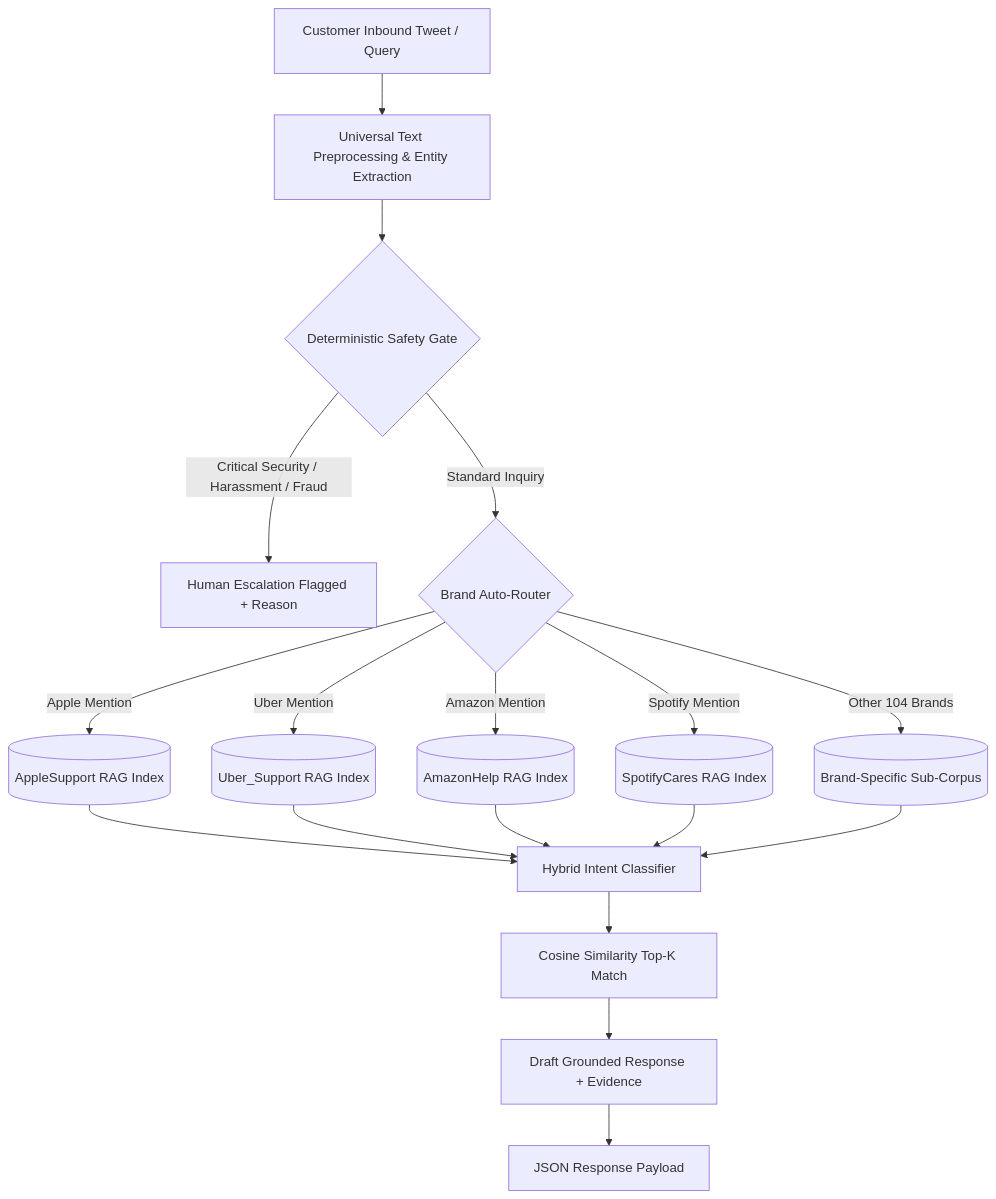
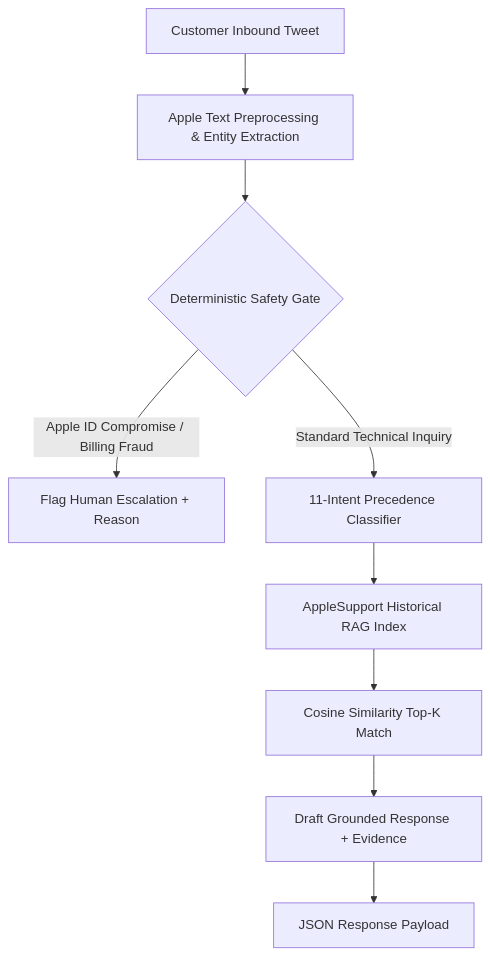
Before and after one commit to zeal-arch/customer-support: the diagram in .github/README.md, drawn with Mermaid. The commit also changed other lines of this file and 37 other files, not shown here.

Commit message:
Add AppleSupport dataset, clean single-brand RAG pipeline, and complete assignment deliverables

````diff
--- a/.github/README.md
+++ b/.github/README.md
@@ -22,23 +21,12 @@
 ```mermaid
 flowchart TD
-    Inbound[Customer Inbound Tweet / Query] --> Preprocess[Universal Text Preprocessing & Entity Extraction]
+    Inbound[Customer Inbound Tweet] --> Preprocess[Apple Text Preprocessing & Entity Extraction]
     Preprocess --> SafetyGate{Deterministic Safety Gate}
-    SafetyGate -- "Critical Security / Harassment / Fraud" --> Escalate[Human Escalation Flagged + Reason]
-    SafetyGate -- "Standard Inquiry" --> BrandDetect{Brand Auto-Router}
+    SafetyGate -- "Apple ID Compromise / Billing Fraud" --> Escalate[Flag Human Escalation + Reason]
+    SafetyGate -- "Standard Technical Inquiry" --> IntentClass[11-Intent Precedence Classifier]
     
-    BrandDetect -->|Apple Mention| AppleIdx[(AppleSupport RAG Index)]
-    BrandDetect -->|Uber Mention| UberIdx[(Uber_Support RAG Index)]
-    BrandDetect -->|Amazon Mention| AmazonIdx[(AmazonHelp RAG Index)]
-    BrandDetect -->|Spotify Mention| SpotifyIdx[(SpotifyCares RAG Index)]
-    BrandDetect -->|Other 104 Brands| GenericIdx[(Brand-Specific Sub-Corpus)]
-    
-    AppleIdx --> IntentClass[Hybrid Intent Classifier]
-    UberIdx --> IntentClass
-    AmazonIdx --> IntentClass
-    SpotifyIdx --> IntentClass
-    GenericIdx --> IntentClass
-    
-    IntentClass --> TopK[Cosine Similarity Top-K Match]
+    IntentClass --> RAG[AppleSupport Historical RAG Index]
+    RAG --> TopK[Cosine Similarity Top-K Match]
     TopK --> ResponseDraft[Draft Grounded Response + Evidence]
     ResponseDraft --> Outbound[JSON Response Payload]
 ```
````
